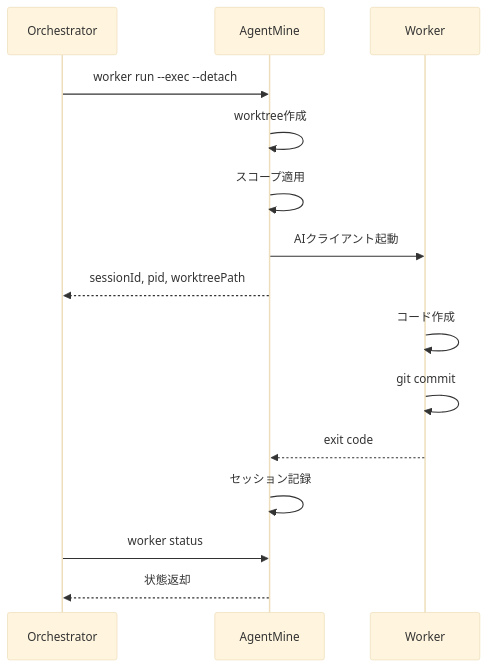
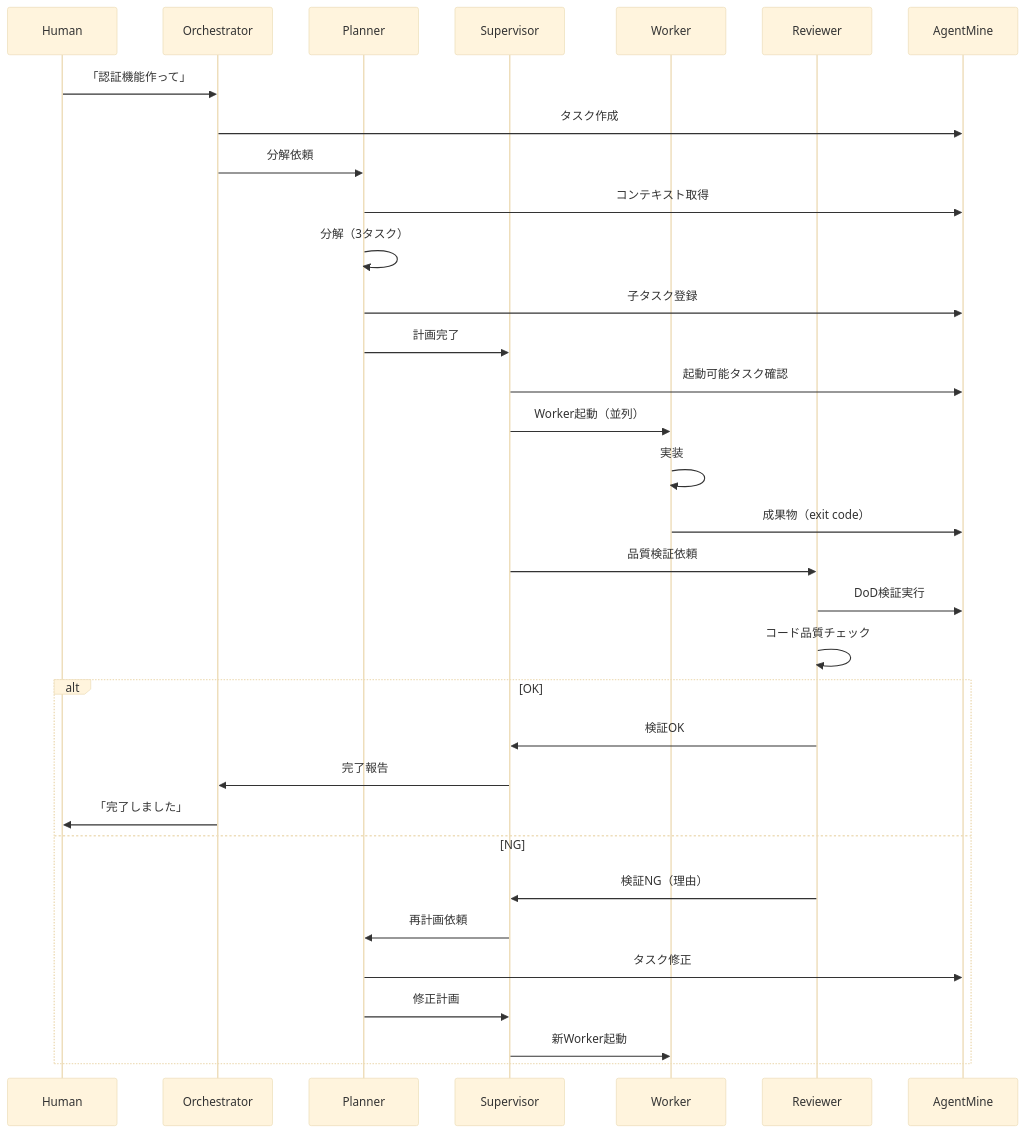
The second of 2 diagrams in docs/03-core-concepts/orchestrator-worker.md (krtw00/agentmine), drawn with Mermaid (base theme) before and after one commit. The commit also changed other lines of this file and 7 other files, not shown here.

````diff
--- a/docs/03-core-concepts/orchestrator-worker.md
+++ b/docs/03-core-concepts/orchestrator-worker.md
@@ -130,18 +259,40 @@
 ```mermaid
 sequenceDiagram
-    participant O as Orchestrator
+    participant H as Human
+    participant S as Orchestrator
+    participant P as Planner
+    participant V as Supervisor
+    participant W as Worker
+    participant R as Reviewer
     participant A as AgentMine
-    participant W as Worker
 
-    O->>A: worker run --exec --detach
-    A->>A: worktree作成
-    A->>A: スコープ適用
-    A->>W: AIクライアント起動
-    A-->>O: sessionId, pid, worktreePath
-    W->>W: コード作成
-    W->>W: git commit
-    W-->>A: exit code
-    A->>A: セッション記録
-    O->>A: worker status
-    A-->>O: 状態返却
+    H->>S: 「認証機能作って」
+    S->>A: タスク作成
+    S->>P: 分解依頼
+
+    P->>A: コンテキスト取得
+    P->>P: 分解（3タスク）
+    P->>A: 子タスク登録
+    P->>V: 計画完了
+
+    V->>A: 起動可能タスク確認
+    V->>W: Worker起動（並列）
+    W->>W: 実装
+    W->>A: 成果物（exit code）
+
+    V->>R: 品質検証依頼
+    R->>A: DoD検証実行
+    R->>R: コード品質チェック
+
+    alt OK
+        R->>V: 検証OK
+        V->>S: 完了報告
+        S->>H: 「完了しました」
+    else NG
+        R->>V: 検証NG（理由）
+        V->>P: 再計画依頼
+        P->>A: タスク修正
+        P->>V: 修正計画
+        V->>W: 新Worker起動
+    end
 ```
````
